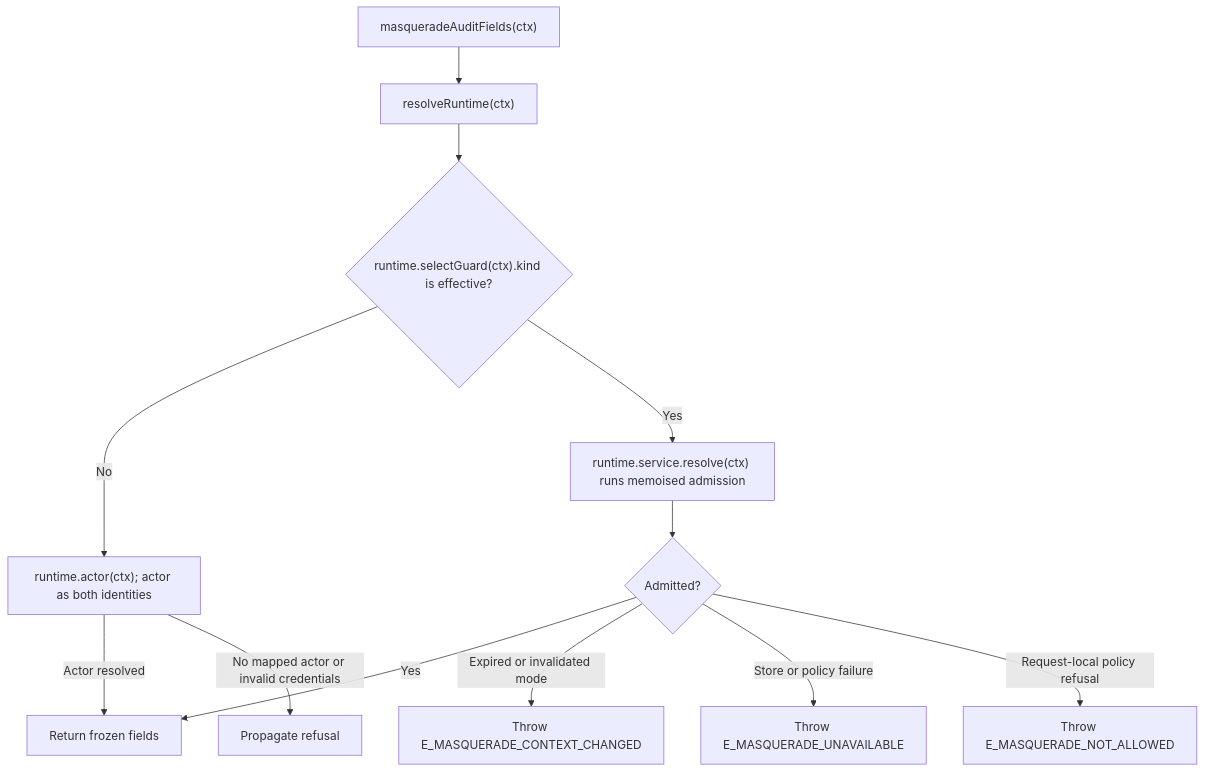
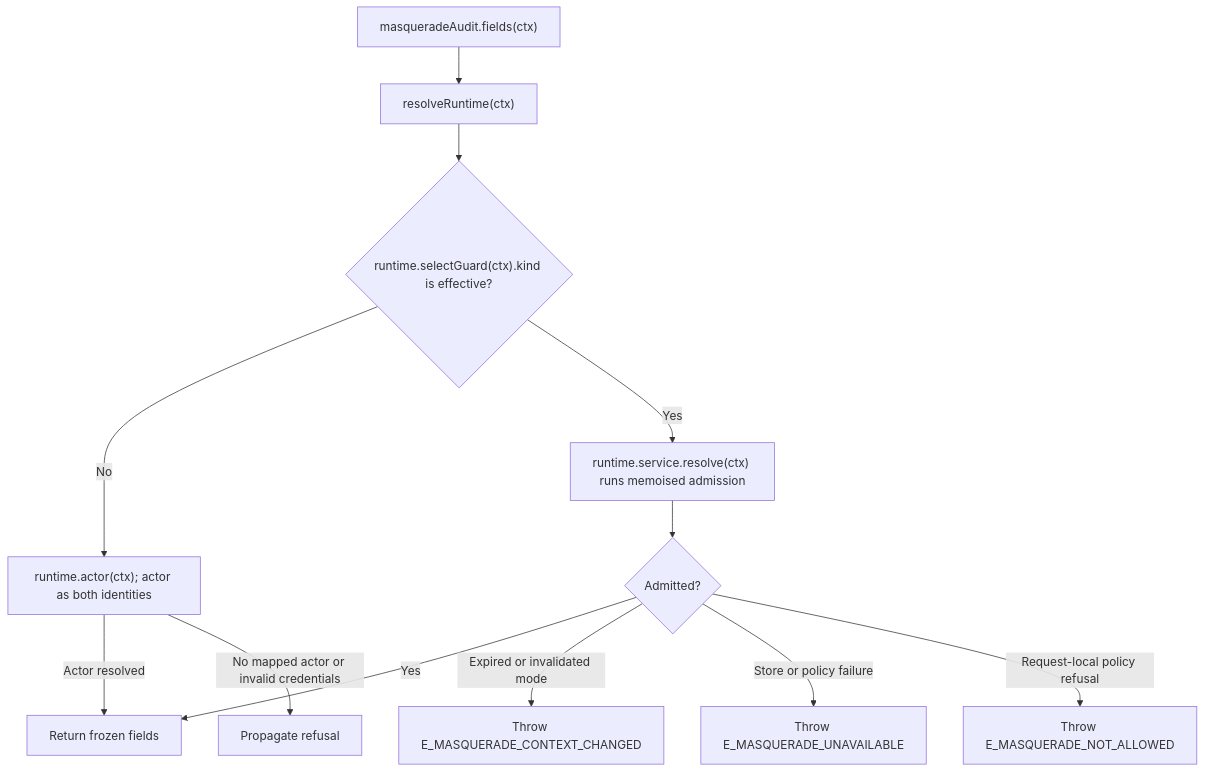
Before and after one commit to Kevinjohn/oss-adonisjs-masquerade: the second of 2 diagrams in user-stories/audit-business-work/us-audit-01-attach-audit-fields.md, drawn with Mermaid. The commit also changed other lines of this file and 293 other files, not shown here.

````diff
--- a/user-stories/audit-business-work/us-audit-01-attach-audit-fields.md
+++ b/user-stories/audit-business-work/us-audit-01-attach-audit-fields.md
@@ -37,14 +37,14 @@
 ```mermaid
 flowchart TD
-    A["masqueradeAuditFields(ctx)"] --> B["resolveRuntime(ctx)"]
+    A["masqueradeAudit.fields(ctx)"] --> B["resolveRuntime(ctx)"]
     B --> C{"runtime.selectGuard(ctx).kind is effective?"}
     C -->|No| D["runtime.actor(ctx); actor as both identities"]
     C -->|Yes| E["runtime.service.resolve(ctx) runs memoised admission"]
     E --> G{"Admitted?"}
     G -->|Yes| F["Return frozen fields"]
     G -->|"Expired or invalidated mode"| H["Throw E_MASQUERADE_CONTEXT_CHANGED"]
     G -->|"Store or policy failure"| I["Throw E_MASQUERADE_UNAVAILABLE"]
     G -->|Request-local policy refusal| J["Throw E_MASQUERADE_NOT_ALLOWED"]
     D -->|Actor resolved| F
     D -->|No mapped actor or invalid credentials| X["Propagate refusal"]
 ```
````
